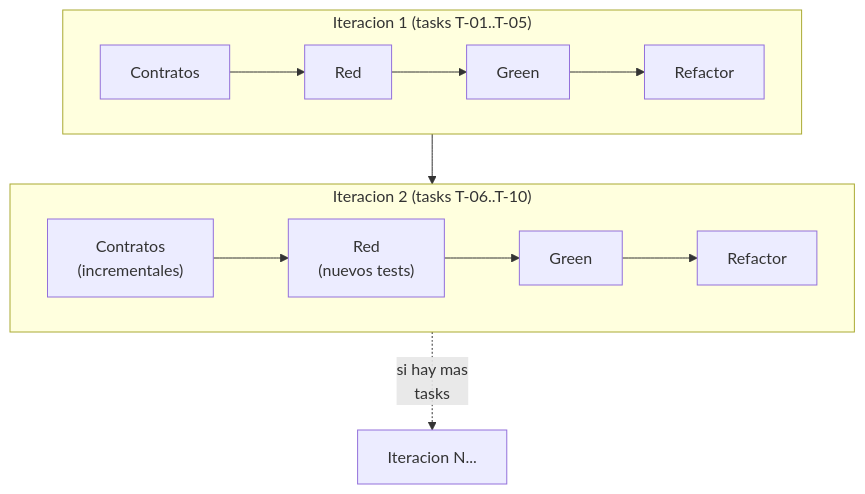
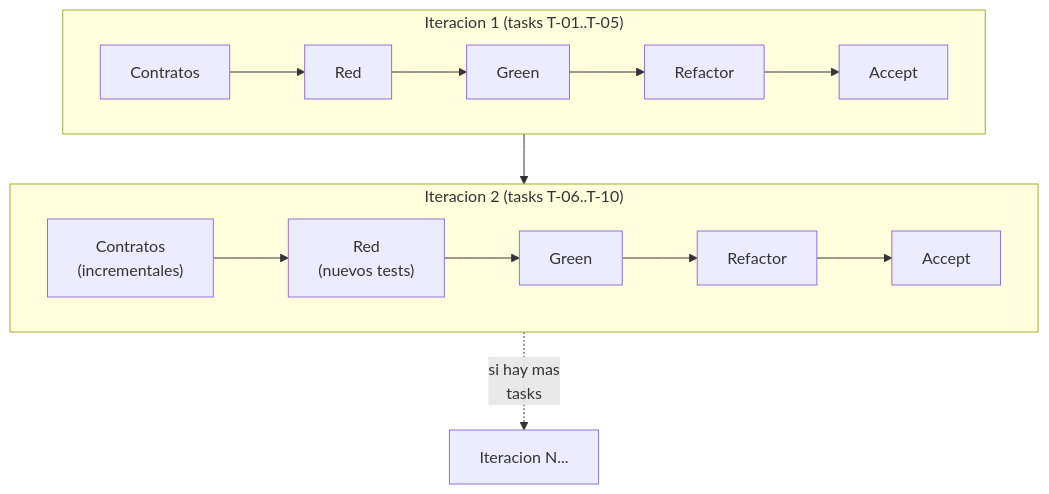
Before and after one commit to virgenherrera/idea-to-mvp: the second of 6 diagrams in docs/execution/README.md, drawn with Mermaid. The commit also changed other lines of this file and 3 other files, not shown here.

First line of the commit message:
feat: boundary-model testing architecture + Accept phase

````diff
--- a/docs/execution/README.md
+++ b/docs/execution/README.md
@@ -70,15 +73,15 @@
 ```mermaid
 flowchart TD
     subgraph ITER_1["Iteracion 1 (tasks T-01..T-05)"]
         direction LR
-        C1["Contratos"] --> R1["Red"] --> G1["Green"] --> RF1["Refactor"]
+        C1["Contratos"] --> R1["Red"] --> G1["Green"] --> RF1["Refactor"] --> A1["Accept"]
     end
 
     subgraph ITER_2["Iteracion 2 (tasks T-06..T-10)"]
         direction LR
-        C2["Contratos\n(incrementales)"] --> R2["Red\n(nuevos tests)"] --> G2["Green"] --> RF2["Refactor"]
+        C2["Contratos\n(incrementales)"] --> R2["Red\n(nuevos tests)"] --> G2["Green"] --> RF2["Refactor"] --> A2["Accept"]
     end
 
     ITER_1 --> ITER_2
     ITER_2 -.->|"si hay mas\ntasks"| ITER_N["Iteracion N..."]
 ```
````
